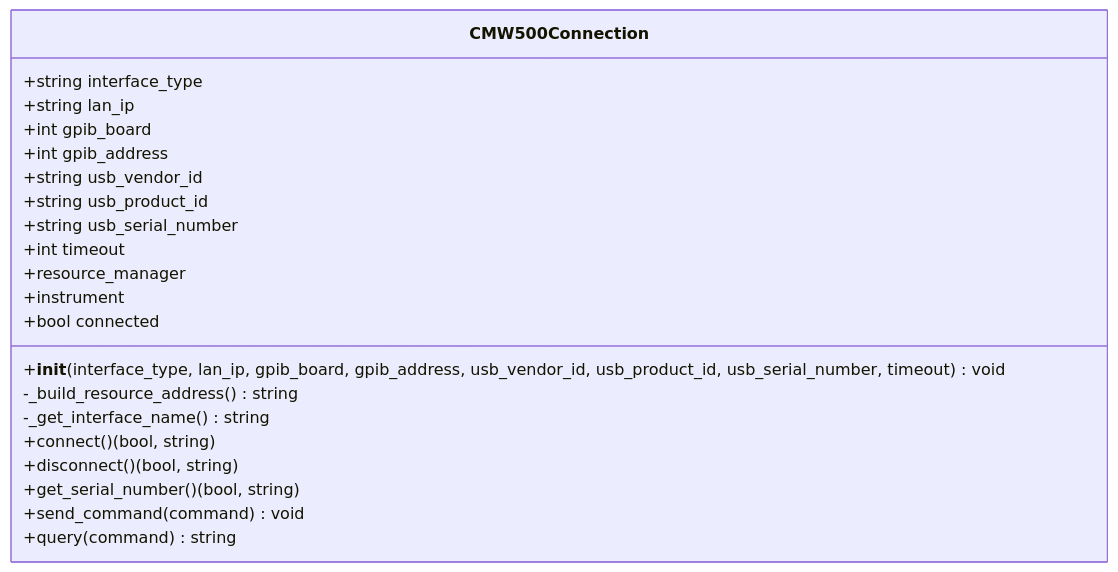
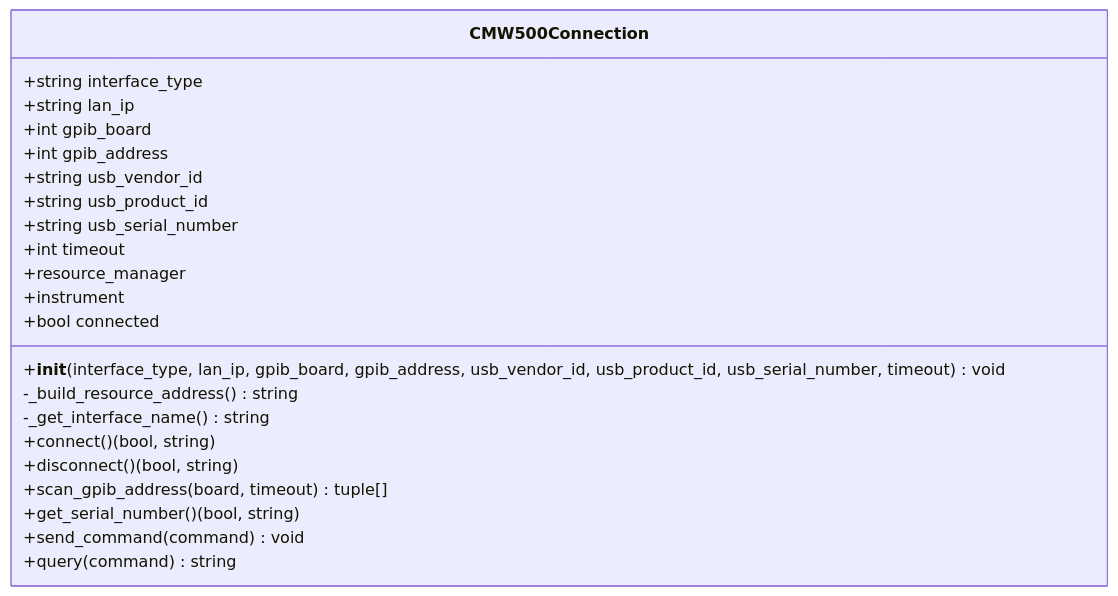
Before and after one commit to TTaO0928/CMW500_BLE_Test_release: the third of 7 diagrams in .qoder/repowiki/zh/content/API 参考文档/仪器连接 API.md, drawn with Mermaid. The commit also changed other lines of this file and 2082 other files, not shown here.

````diff
--- a/.qoder/repowiki/zh/content/API 参考文档/仪器连接 API.md
+++ b/.qoder/repowiki/zh/content/API 参考文档/仪器连接 API.md
@@ -202,24 +246,25 @@
 ```mermaid
 classDiagram
 class CMW500Connection {
 +string interface_type
 +string lan_ip
 +int gpib_board
 +int gpib_address
 +string usb_vendor_id
 +string usb_product_id
 +string usb_serial_number
 +int timeout
 +resource_manager
 +instrument
 +bool connected
 +__init__(interface_type, lan_ip, gpib_board, gpib_address, usb_vendor_id, usb_product_id, usb_serial_number, timeout) void
 -_build_resource_address() string
 -_get_interface_name() string
 +connect() (bool, string)
 +disconnect() (bool, string)
++scan_gpib_address(board, timeout) tuple[]
 +get_serial_number() (bool, string)
 +send_command(command) void
 +query(command) string
 }
 ```
````
